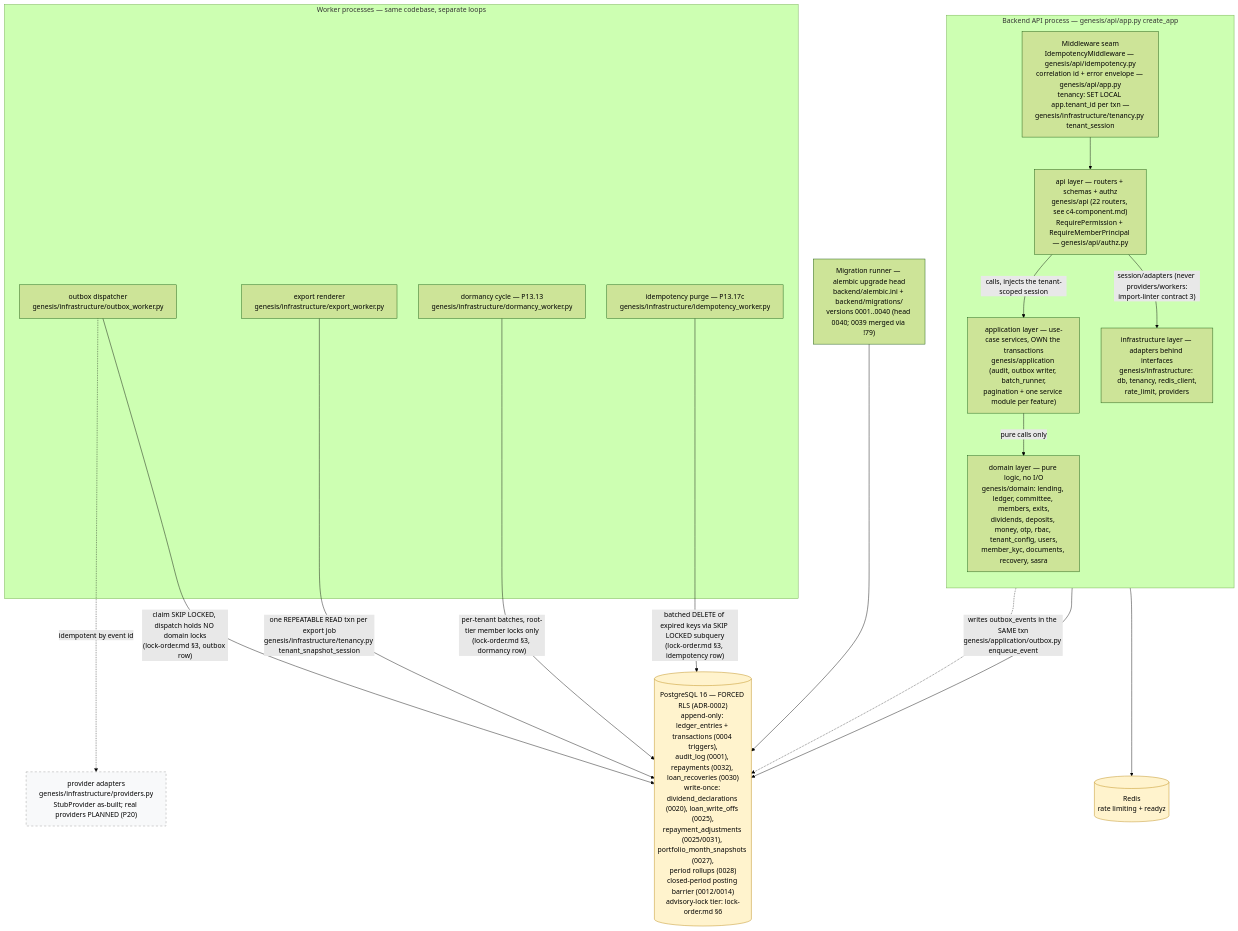
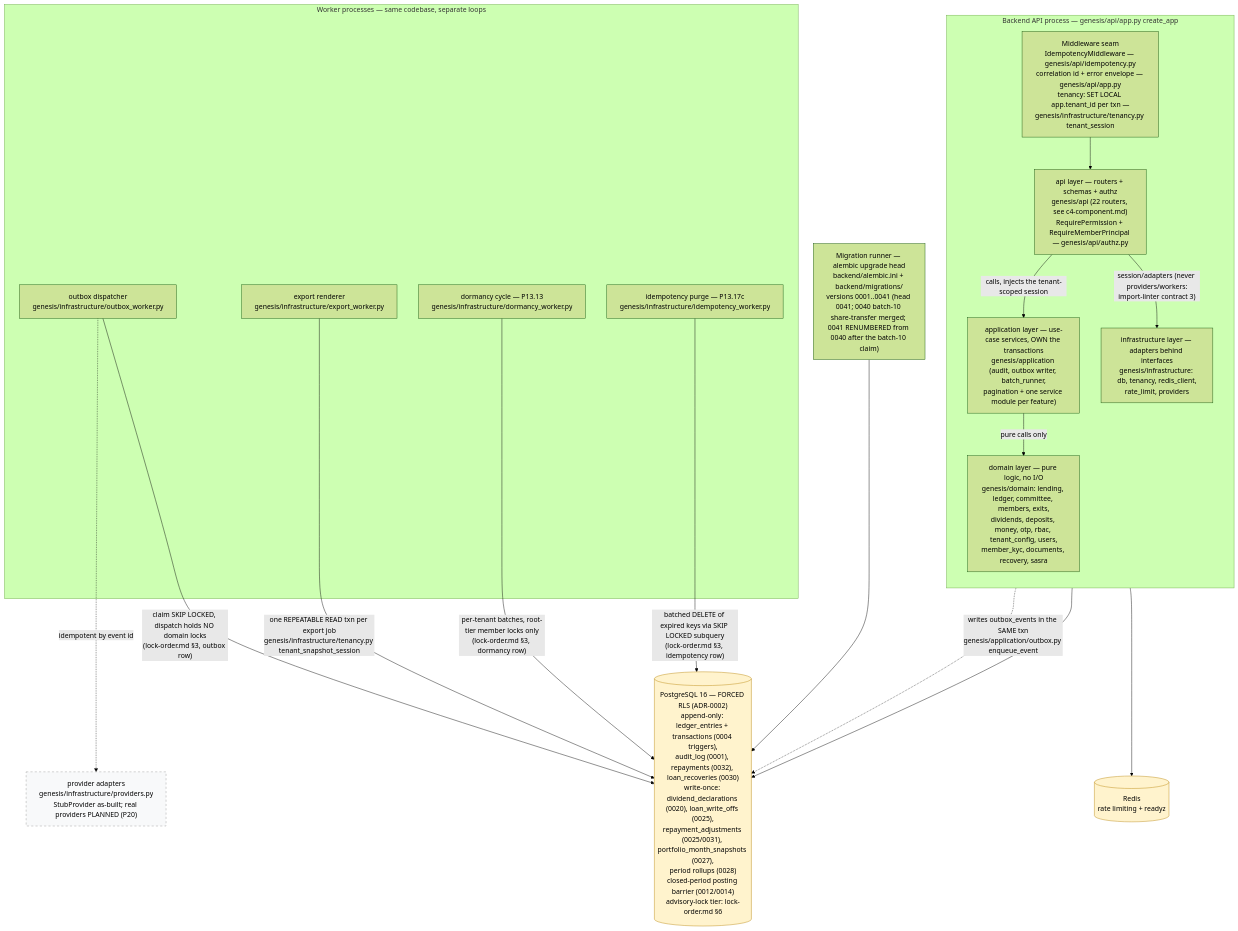
One commit to Benson-Kim/genesis-sacco changed the diagram in docs/diagrams/c4-container.md. Above: the diagram before and after it, drawn with Mermaid (forest theme). The commit also changed other lines of this file and 5 other files, not shown here.

Commit message:
fix: #31 remediation — RENUMBER members-index migration 0040 -> 0041 after batch-10 claimed 0040 on main (rule 14, the 0017 precedent) + same-commit refresh of every doc/comment citing the number (rule 11, the M1 lesson)

````diff
--- a/docs/diagrams/c4-container.md
+++ b/docs/diagrams/c4-container.md
@@ -48,45 +57,45 @@
 ```mermaid
 flowchart TB
     %% Authored against main @ 08541b860f1445b16c342c39b6606d86b9dbeb17
     %% L2 containers — layering per backend/pyproject.toml [tool.importlinter].
 
     subgraph BE["Backend API process — genesis/api/app.py create_app"]
         direction TB
         MW["Middleware seam<br/>IdempotencyMiddleware — genesis/api/idempotency.py<br/>correlation id + error envelope — genesis/api/app.py<br/>tenancy: SET LOCAL app.tenant_id per txn —<br/>genesis/infrastructure/tenancy.py tenant_session"]
         APIL["api layer — routers + schemas + authz<br/>genesis/api (22 routers, see c4-component.md)<br/>RequirePermission + RequireMemberPrincipal — genesis/api/authz.py"]
         APPL["application layer — use-case services, OWN the transactions<br/>genesis/application (audit, outbox writer, batch_runner,<br/>pagination + one service module per feature)"]
         DOM["domain layer — pure logic, no I/O<br/>genesis/domain: lending, ledger, committee, members, exits,<br/>dividends, deposits, money, otp, rbac, tenant_config, users,<br/>member_kyc, documents, recovery, sasra"]
         INF["infrastructure layer — adapters behind interfaces<br/>genesis/infrastructure: db, tenancy, redis_client,<br/>rate_limit, providers"]
         MW --> APIL
         APIL -->|"calls, injects the tenant-scoped session"| APPL
         APPL -->|"pure calls only"| DOM
         APIL -->|"session/adapters (never providers/workers:<br/>import-linter contract 3)"| INF
     end
 
     subgraph WK["Worker processes — same codebase, separate loops"]
         OBW["outbox dispatcher<br/>genesis/infrastructure/outbox_worker.py"]
         EXW["export renderer<br/>genesis/infrastructure/export_worker.py"]
         DMW["dormancy cycle — P13.13<br/>genesis/infrastructure/dormancy_worker.py"]
         IDW["idempotency purge — P13.17c<br/>genesis/infrastructure/idempotency_worker.py"]
     end
 
-    MIG["Migration runner — alembic upgrade head<br/>backend/alembic.ini + backend/migrations/<br/>versions 0001..0040 (head 0040; 0039 merged via !79)"]
+    MIG["Migration runner — alembic upgrade head<br/>backend/alembic.ini + backend/migrations/<br/>versions 0001..0041 (head 0041; 0040 batch-10 share-transfer merged; 0041 RENUMBERED from 0040 after the batch-10 claim)"]
 
     PG[("PostgreSQL 16 — FORCED RLS (ADR-0002)<br/>append-only: ledger_entries + transactions (0004 triggers),<br/>audit_log (0001), repayments (0032), loan_recoveries (0030)<br/>write-once: dividend_declarations (0020), loan_write_offs (0025),<br/>repayment_adjustments (0025/0031), portfolio_month_snapshots (0027),<br/>period rollups (0028)<br/>closed-period posting barrier (0012/0014)<br/>advisory-lock tier: lock-order.md §6")]
     RD[("Redis<br/>rate limiting + readyz")]
 
     APPL -.->|"writes outbox_events in the SAME txn<br/>genesis/application/outbox.py enqueue_event"| PG
     INF --> PG
     INF --> RD
     OBW -->|"claim SKIP LOCKED, dispatch holds NO domain locks<br/>(lock-order.md §3, outbox row)"| PG
     EXW -->|"one REPEATABLE READ txn per export job<br/>genesis/infrastructure/tenancy.py tenant_snapshot_session"| PG
     DMW -->|"per-tenant batches, root-tier member locks only<br/>(lock-order.md §3, dormancy row)"| PG
     IDW -->|"batched DELETE of expired keys via SKIP LOCKED subquery<br/>(lock-order.md §3, idempotency row)"| PG
     OBW -.->|"idempotent by event id"| PROV["provider adapters<br/>genesis/infrastructure/providers.py<br/>StubProvider as-built; real providers PLANNED (P20)"]
     MIG --> PG
 
     classDef store fill:#fff3cd,stroke:#b8860b;
     class PG,RD store;
     classDef planned fill:#f8f9fa,stroke:#999,stroke-dasharray: 5 5;
     class PROV planned;
 ```
````
